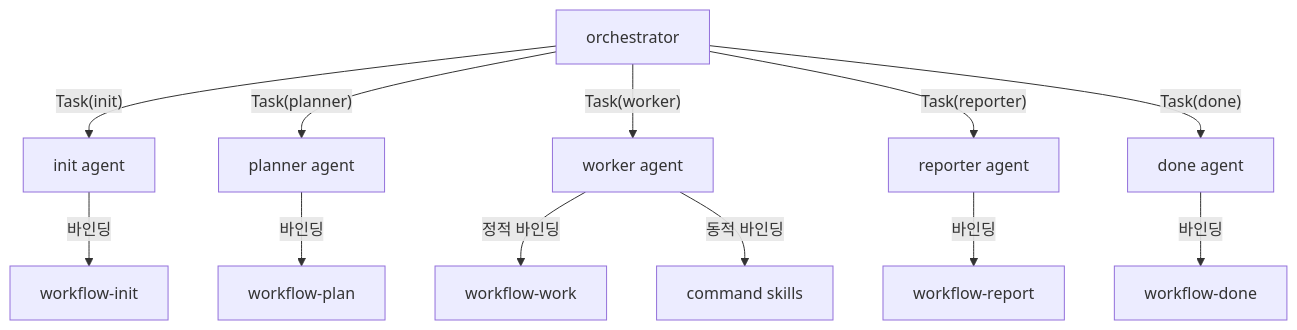
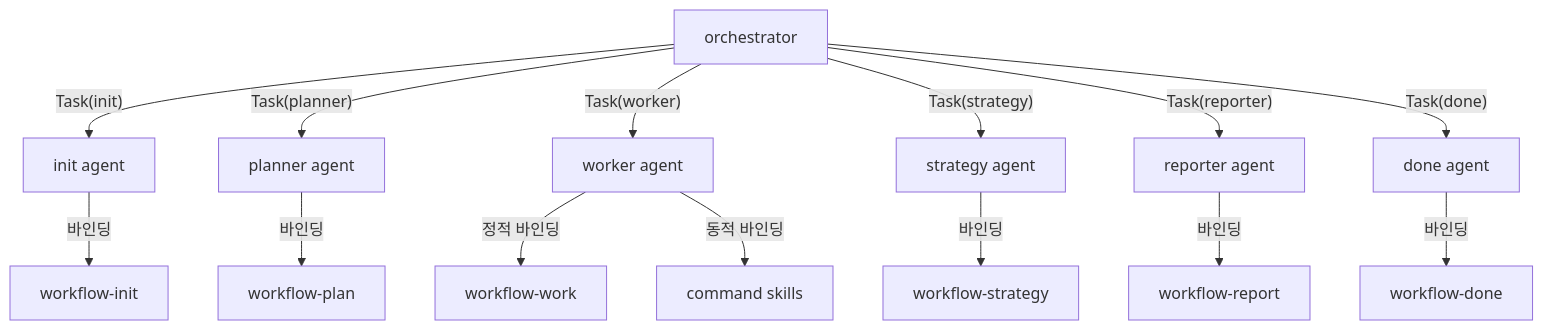
The diagram in .claude/skills/workflow-orchestration/common-reference.md (KoreanLeeChangHyun/claude-workflow), drawn with Mermaid before and after one commit. The commit also changed other lines of this file and 7 other files, not shown here.

````diff
--- a/.claude/skills/workflow-orchestration/common-reference.md
+++ b/.claude/skills/workflow-orchestration/common-reference.md
@@ -50,15 +51,17 @@
 ```mermaid
 flowchart TD
     ORCH[orchestrator] -->|"Task(init)"| INIT_A[init agent]
     ORCH -->|"Task(planner)"| PLAN_A[planner agent]
     ORCH -->|"Task(worker)"| WORK_A[worker agent]
+    ORCH -->|"Task(strategy)"| STRAT_A[strategy agent]
     ORCH -->|"Task(reporter)"| REPORT_A[reporter agent]
     ORCH -->|"Task(done)"| DONE_A[done agent]
 
     INIT_A -->|바인딩| WF_INIT[workflow-init]
     PLAN_A -->|바인딩| WF_PLAN[workflow-plan]
     WORK_A -->|정적 바인딩| WF_WORK[workflow-work]
     WORK_A -->|동적 바인딩| CMD_SKILLS[command skills]
+    STRAT_A -->|바인딩| WF_STRAT[workflow-strategy]
     REPORT_A -->|바인딩| WF_REPORT[workflow-report]
     DONE_A -->|바인딩| WF_DONE[workflow-done]
 ```
````
